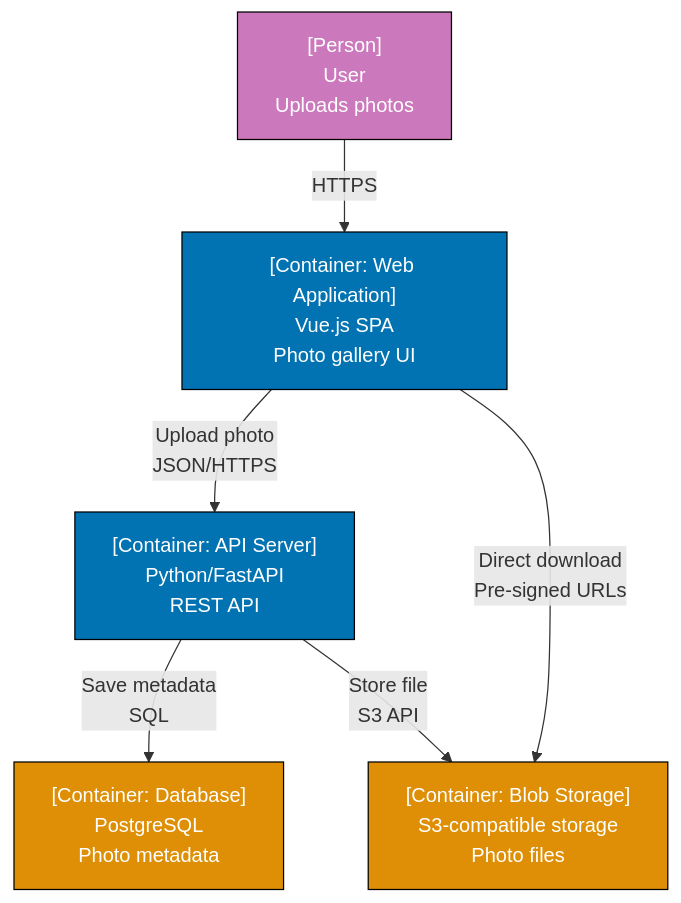
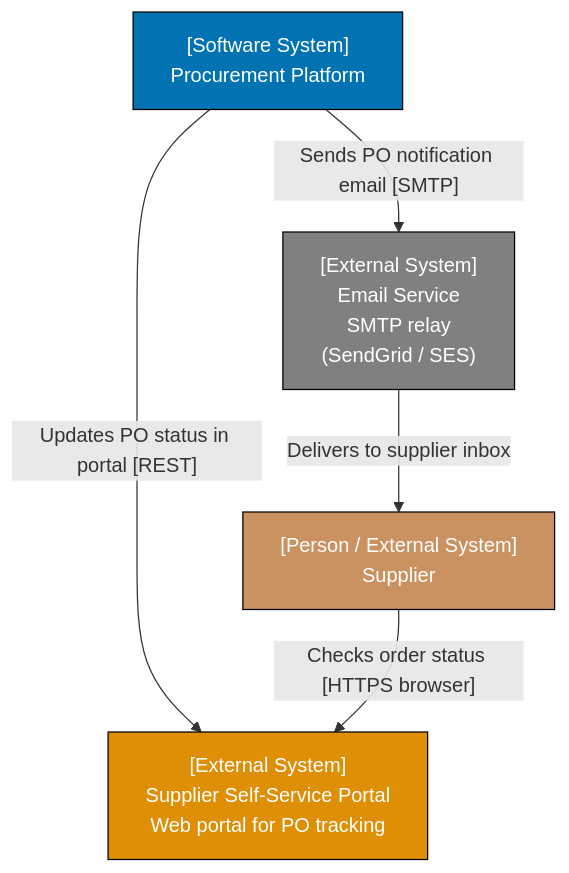
Diagram 15 of 30 in apps/ayokoding-web/content/en/learn/software-engineering/architecture/c4-architecture-model/by-example/beginner.md (wahidyankf/open-sharia-enterprise), drawn with Mermaid before and after one commit. The commit also changed other lines of this file and 38 other files, not shown here.

First line of the commit message:
docs(ayokoding-web): unify architecture tutorials on shared P2P domain

````diff
--- a/apps/ayokoding-web/content/en/learn/software-engineering/architecture/c4-architecture-model/by-example/beginner.md
+++ b/apps/ayokoding-web/content/en/learn/software-engineering/architecture/c4-architecture-model/by-example/beginner.md
@@ -508,21 +524,17 @@
 ```mermaid
 graph TD
-    User["[Person]<br/>User<br/>Uploads photos"]
+    Platform["[Software System]<br/>Procurement Platform"]
+    EmailSvc["[External System]<br/>Email Service<br/>SMTP relay<br/>(SendGrid / SES)"]
+    SupplierPortal["[External System]<br/>Supplier Self-Service Portal<br/>Web portal for PO tracking"]
+    Supplier["[Person / External System]<br/>Supplier"]
 
-    WebApp["[Container: Web Application]<br/>Vue.js SPA<br/>Photo gallery UI"]
-    APIServer["[Container: API Server]<br/>Python/FastAPI<br/>REST API"]
-    Database["[Container: Database]<br/>PostgreSQL<br/>Photo metadata"]
-    BlobStorage["[Container: Blob Storage]<br/>S3-compatible storage<br/>Photo files"]
+    Platform -->|"Sends PO notification email [SMTP]"| EmailSvc
+    EmailSvc -->|"Delivers to supplier inbox"| Supplier
+    Platform -->|"Updates PO status in portal [REST]"| SupplierPortal
+    Supplier -->|"Checks order status [HTTPS browser]"| SupplierPortal
 
-    User -->|"HTTPS"| WebApp
-    WebApp -->|"Upload photo<br/>JSON/HTTPS"| APIServer
-    APIServer -->|"Save metadata<br/>SQL"| Database
-    APIServer -->|"Store file<br/>S3 API"| BlobStorage
-    WebApp -->|"Direct download<br/>Pre-signed URLs"| BlobStorage
-
-    style User fill:#CC78BC,stroke:#000,color:#fff
-    style WebApp fill:#0173B2,stroke:#000,color:#fff
-    style APIServer fill:#0173B2,stroke:#000,color:#fff
-    style Database fill:#DE8F05,stroke:#000,color:#fff
-    style BlobStorage fill:#DE8F05,stroke:#000,color:#fff
+    style Platform fill:#0173B2,stroke:#000,color:#fff
+    style EmailSvc fill:#808080,stroke:#000,color:#fff
+    style SupplierPortal fill:#DE8F05,stroke:#000,color:#fff
+    style Supplier fill:#CA9161,stroke:#000,color:#fff
 ```
````
